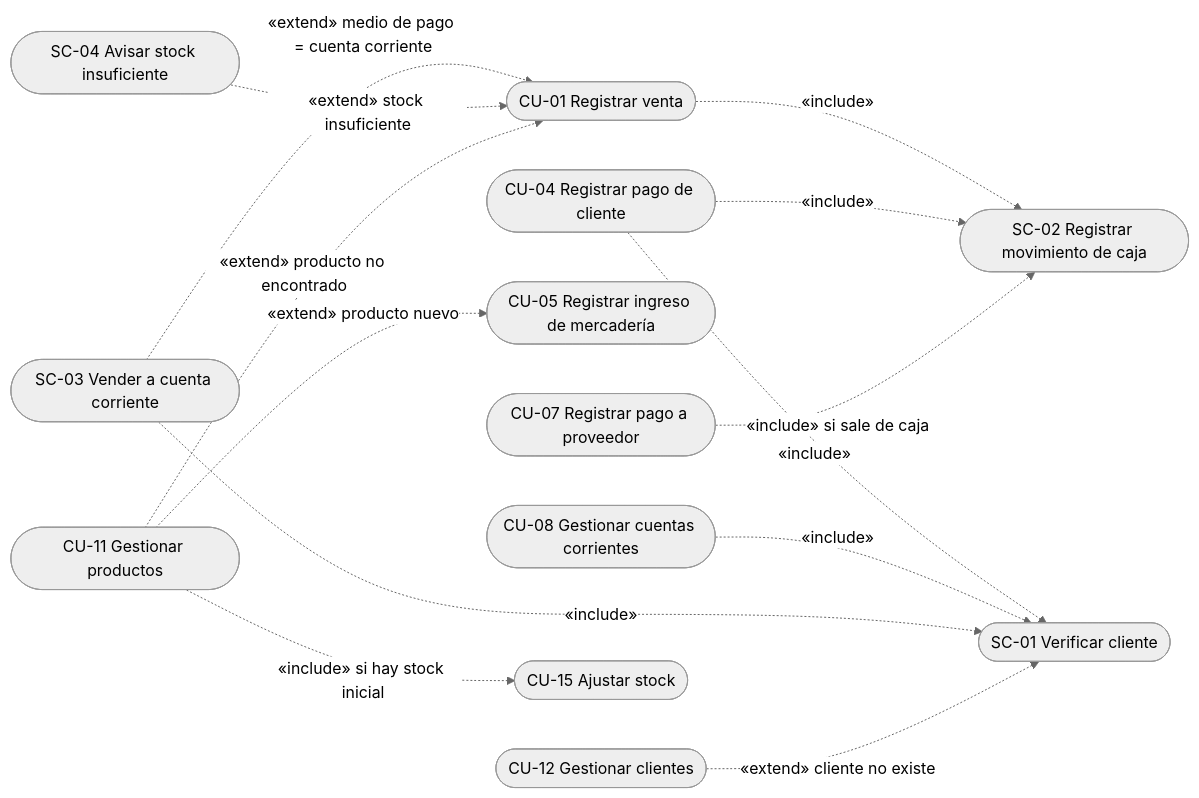
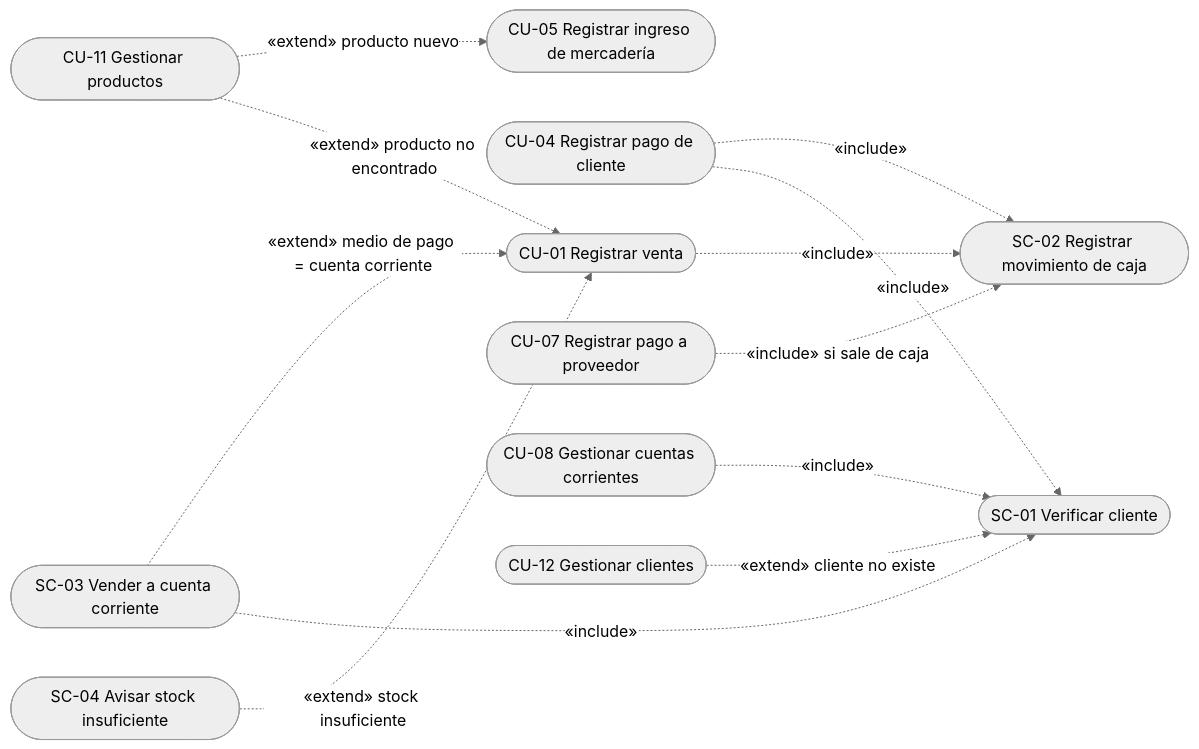
Before and after one commit to Ezequielnav/sistema-gestion-carniceria: the second of 2 diagrams in docs/04-casos-de-uso.md, drawn with Mermaid (neutral theme). The commit also changed other lines of this file and 25 other files, not shown here.

````diff
--- a/docs/04-casos-de-uso.md
+++ b/docs/04-casos-de-uso.md
@@ -108,29 +105,27 @@
 ```mermaid
 flowchart LR
     CU01(["CU-01 Registrar venta"])
     CU04(["CU-04 Registrar pago de cliente"])
     CU05(["CU-05 Registrar ingreso de mercadería"])
     CU07(["CU-07 Registrar pago a proveedor"])
     CU08(["CU-08 Gestionar cuentas corrientes"])
     CU11(["CU-11 Gestionar productos"])
     CU12(["CU-12 Gestionar clientes"])
     SC01(["SC-01 Verificar cliente"])
     SC02(["SC-02 Registrar movimiento de caja"])
     SC03(["SC-03 Vender a cuenta corriente"])
     SC04(["SC-04 Avisar stock insuficiente"])
-    CU15(["CU-15 Ajustar stock"])
 
     CU01 -. "«include»" .-> SC02
     CU04 -. "«include»" .-> SC01
     CU04 -. "«include»" .-> SC02
     CU07 -. "«include» si sale de caja" .-> SC02
     CU08 -. "«include»" .-> SC01
     SC03 -. "«include»" .-> SC01
-    CU11 -. "«include» si hay stock inicial" .-> CU15
 
     SC03 -. "«extend» medio de pago = cuenta corriente" .-> CU01
     SC04 -. "«extend» stock insuficiente" .-> CU01
     CU11 -. "«extend» producto no encontrado" .-> CU01
     CU11 -. "«extend» producto nuevo" .-> CU05
     CU12 -. "«extend» cliente no existe" .-> SC01
 ```
````
